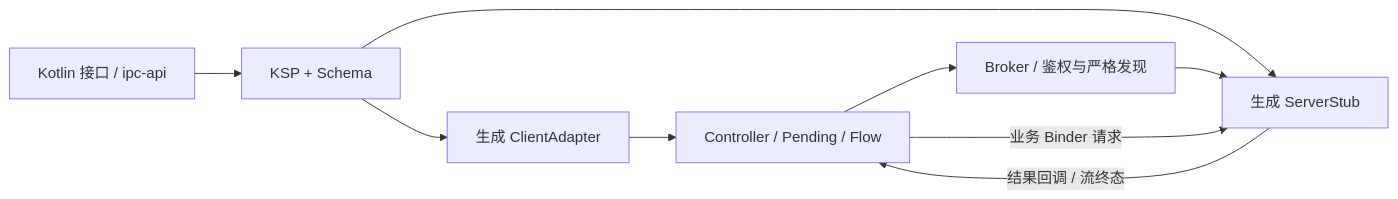
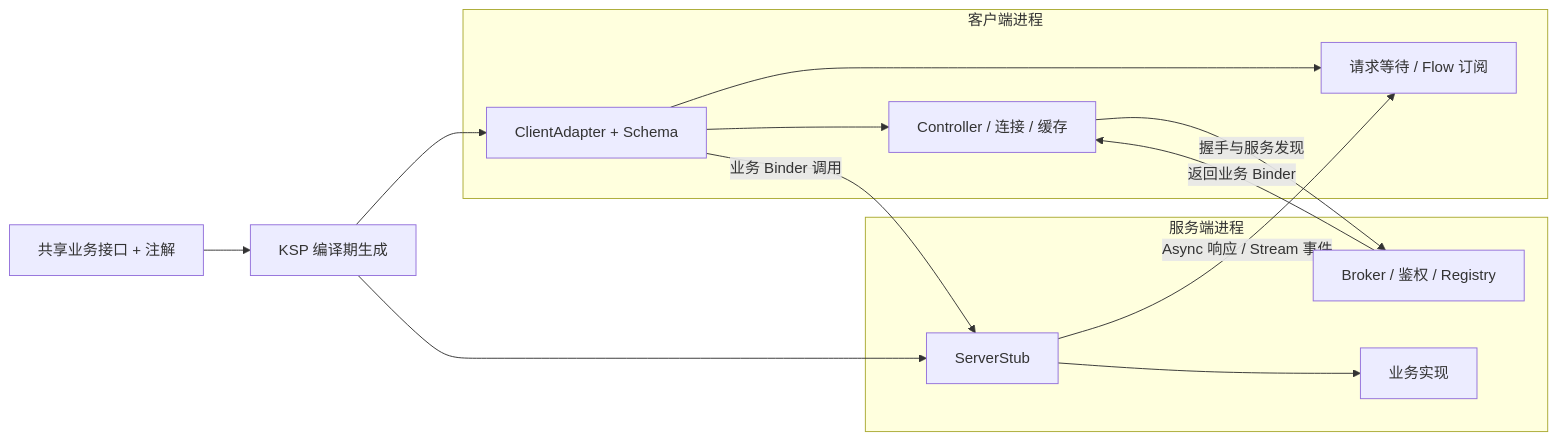
Before and after one commit to NingCui29/ModernIpc: the first of 2 diagrams in README.md, drawn with Mermaid. The commit also changed other lines of this file, not shown here.

````diff
--- a/README.md
+++ b/README.md
@@ -67,11 +135,18 @@
 ```mermaid
 flowchart LR
-    API["Kotlin 接口 / ipc-api"] --> KSP["KSP + Schema"]
-    KSP --> C["生成 ClientAdapter"]
-    KSP --> S["生成 ServerStub"]
-    C --> R["Controller / Pending / Flow"]
-    R --> B["Broker / 鉴权与严格发现"]
-    B --> S
-    R -- "业务 Binder 请求" --> S
-    S -- "结果回调 / 流终态" --> R
+    Contract["共享业务接口 + 注解"] --> KSP["KSP 编译期生成"]
+    KSP --> Client["ClientAdapter + Schema"]
+    KSP --> Stub["ServerStub"]
+    subgraph CP["客户端进程"]
+        Client --> Controller["Controller / 连接 / 缓存"]
+        Client --> Pending["请求等待 / Flow 订阅"]
+    end
+    subgraph SP["服务端进程"]
+        Broker["Broker / 鉴权 / Registry"]
+        Stub --> Business["业务实现"]
+    end
+    Controller -- "握手与服务发现" --> Broker
+    Broker -- "返回业务 Binder" --> Controller
+    Client -- "业务 Binder 调用" --> Stub
+    Stub -- "Async 响应 / Stream 事件" --> Pending
 ```
````
